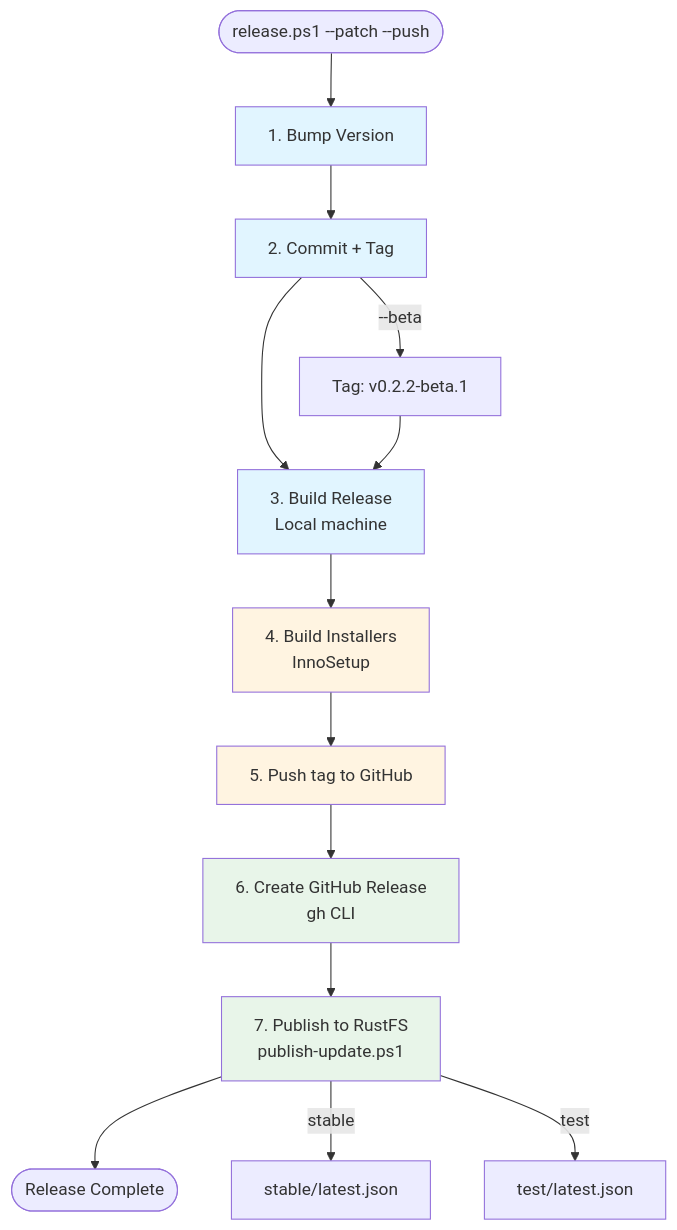
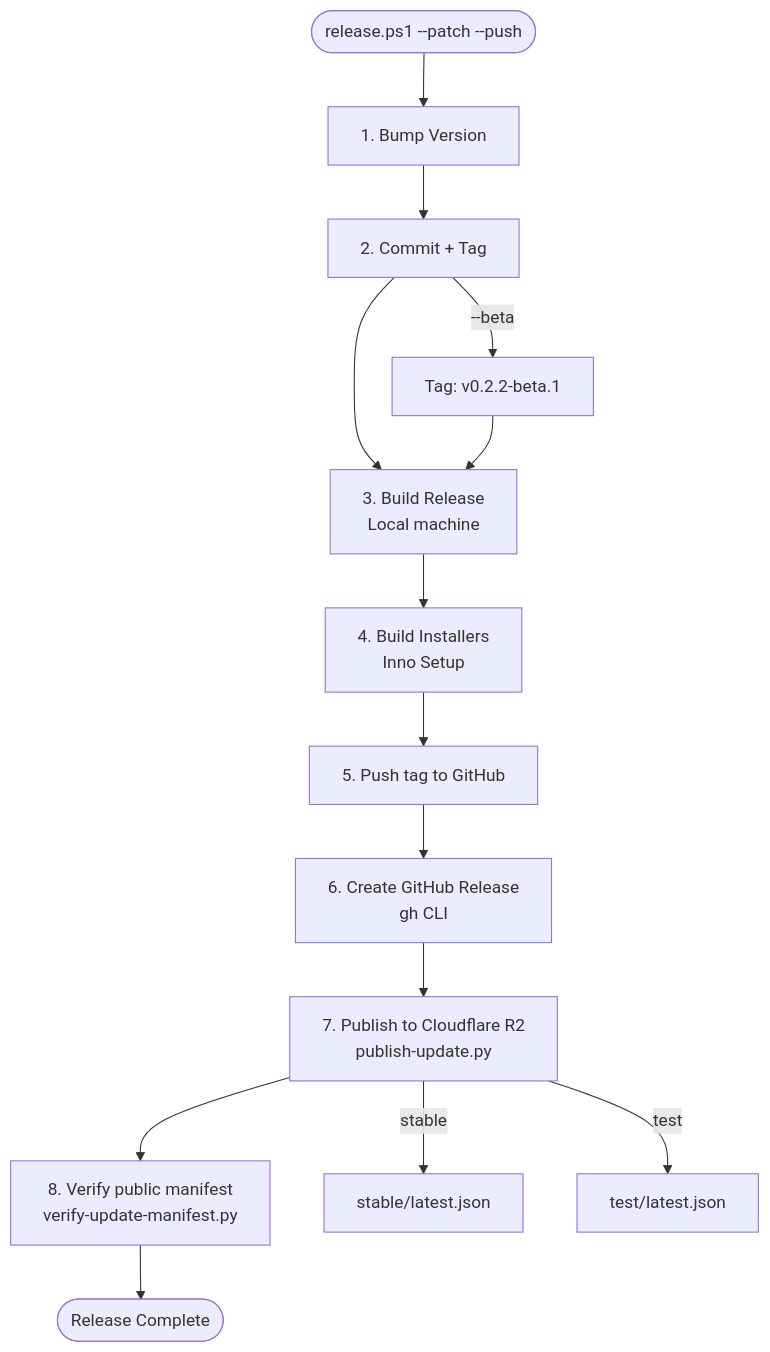
Before and after one commit to KPT1020/mib-studio-qt: the diagram in docs/howto/release-workflow.md, drawn with Mermaid. The commit also changed other lines of this file and 16 other files, not shown here.

````diff
--- a/docs/howto/release-workflow.md
+++ b/docs/howto/release-workflow.md
@@ -305,24 +216,17 @@
 ```mermaid
 flowchart TD
     Start([release.ps1 --patch --push]) --> Bump[1. Bump Version]
     Bump --> Commit[2. Commit + Tag]
     Commit --> Build[3. Build Release<br/>Local machine]
-    Build --> Installers[4. Build Installers<br/>InnoSetup]
+    Build --> Installers[4. Build Installers<br/>Inno Setup]
     Installers --> Push[5. Push tag to GitHub]
     Push --> GHRelease[6. Create GitHub Release<br/>gh CLI]
-    GHRelease --> RustFS[7. Publish to RustFS<br/>publish-update.ps1]
-    RustFS --> Done([Release Complete])
+    GHRelease --> R2[7. Publish to Cloudflare R2<br/>publish-update.py]
+    R2 --> Verify[8. Verify public manifest<br/>verify-update-manifest.py]
+    Verify --> Done([Release Complete])
 
     Commit -->|--beta| BetaTag[Tag: v0.2.2-beta.1]
     BetaTag --> Build
-    RustFS -->|stable| Stable[stable/latest.json]
-    RustFS -->|test| Test[test/latest.json]
-
-    style Bump fill:#e1f5ff
-    style Commit fill:#e1f5ff
-    style Build fill:#e1f5ff
-    style Installers fill:#fff4e1
-    style Push fill:#fff4e1
-    style GHRelease fill:#e8f5e9
-    style RustFS fill:#e8f5e9
+    R2 -->|stable| Stable[stable/latest.json]
+    R2 -->|test| Test[test/latest.json]
 ```
````
